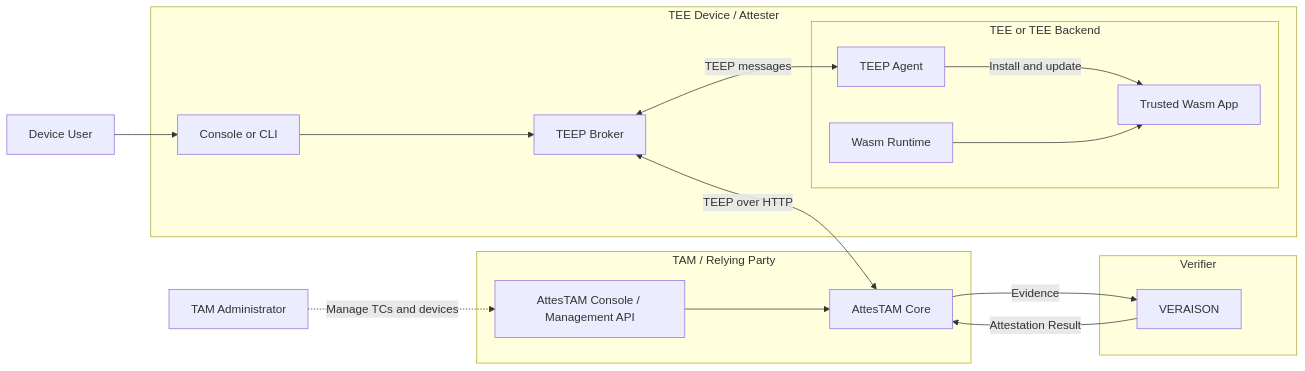
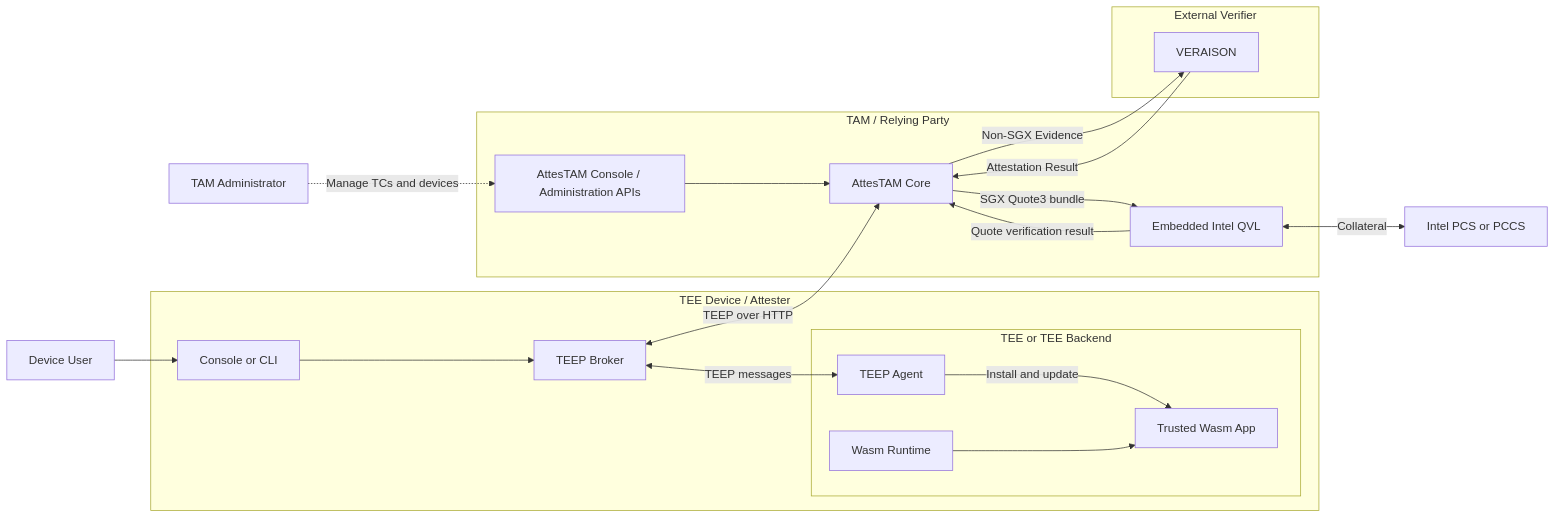
One commit to s-miyazawa/teep-wasm-demo changed the diagram in README.md. Above: the diagram before and after it, drawn with Mermaid. The commit also changed other lines of this file and 17 other files, not shown here.

````diff
--- a/README.md
+++ b/README.md
@@ -36,35 +38,41 @@
 ```mermaid
 flowchart LR
     User[Device User]
     TAMAdmin[TAM Administrator]
 
     subgraph Device[TEE Device / Attester]
         UI[Console or CLI]
         Broker[TEEP Broker]
         subgraph TEE[TEE or TEE Backend]
             Agent[TEEP Agent]
             Runtime[Wasm Runtime]
             App[Trusted Wasm App]
         end
     end
 
     subgraph TAM[TAM / Relying Party]
-        Management[AttesTAM Console / Management API]
+        Management[AttesTAM Console / Administration APIs]
         AttesTAM[AttesTAM Core]
+        QVL[Embedded Intel QVL]
     end
 
-    subgraph Verifier[Verifier]
+    subgraph ExternalVerifier[External Verifier]
         VERAISON[VERAISON]
     end
+
+    PCS[Intel PCS or PCCS]
 
     User --> UI
     TAMAdmin -.->|Manage TCs and devices| Management
     Management --> AttesTAM
     UI --> Broker
     Broker <-->|TEEP over HTTP| AttesTAM
     Broker <-->|TEEP messages| Agent
     Agent -->|Install and update| App
     Runtime --> App
-    AttesTAM -->|Evidence| VERAISON
+    AttesTAM -->|Non-SGX Evidence| VERAISON
     VERAISON -->|Attestation Result| AttesTAM
+    AttesTAM -->|SGX Quote3 bundle| QVL
+    QVL -->|Quote verification result| AttesTAM
+    QVL <-->|Collateral| PCS
 ```
````
